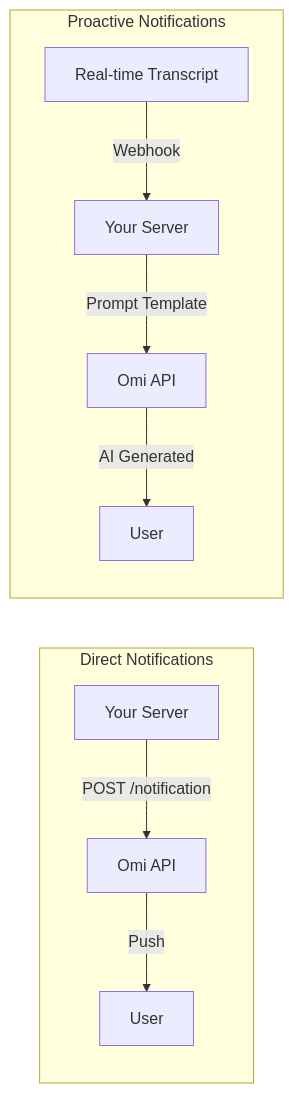
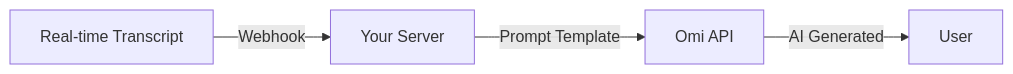
The second of 2 diagrams in docs/doc/developer/apps/Notifications.mdx (DG303/omi), drawn with Mermaid before and after one commit. The commit also changed other lines of this file, not shown here.

Commit message:
docs: update Notifications documentation with flowchart enhancements
Added a new section for Direct Flow notifications and improved the Proactive Flow section by consolidating the flowchart for clarity. This update aims to enhance the understanding of notification processes for developers.

````diff
--- a/docs/doc/developer/apps/Notifications.mdx
+++ b/docs/doc/developer/apps/Notifications.mdx
@@ -19,13 +29,6 @@
 ```mermaid
 flowchart LR
-    subgraph Direct["Direct Notifications"]
-        A[Your Server] -->|POST /notification| O[Omi API]
-        O -->|Push| U1[User]
-    end
-
-    subgraph Proactive["Proactive Notifications"]
-        T[Real-time Transcript] -->|Webhook| W[Your Server]
-        W -->|Prompt Template| O2[Omi API]
-        O2 -->|AI Generated| U2[User]
-    end
+    T[Real-time Transcript] -->|Webhook| W[Your Server]
+    W -->|Prompt Template| O[Omi API]
+    O -->|AI Generated| U[User]
 ```
````
